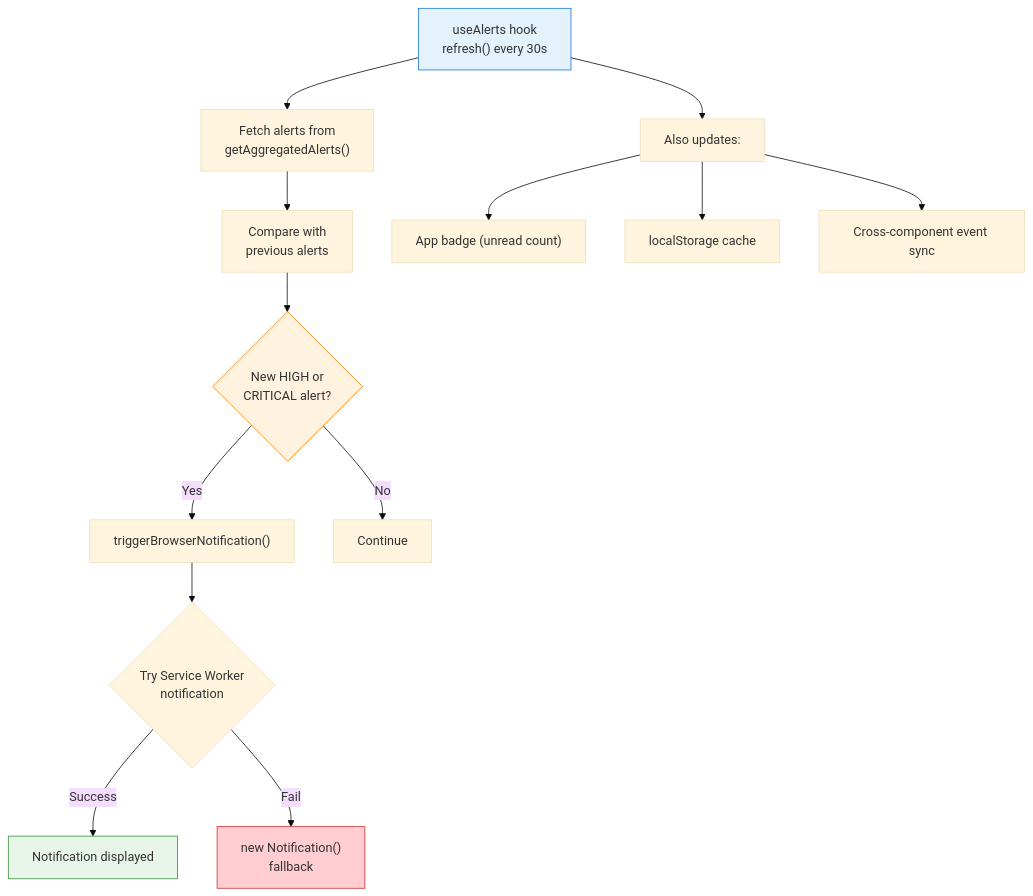
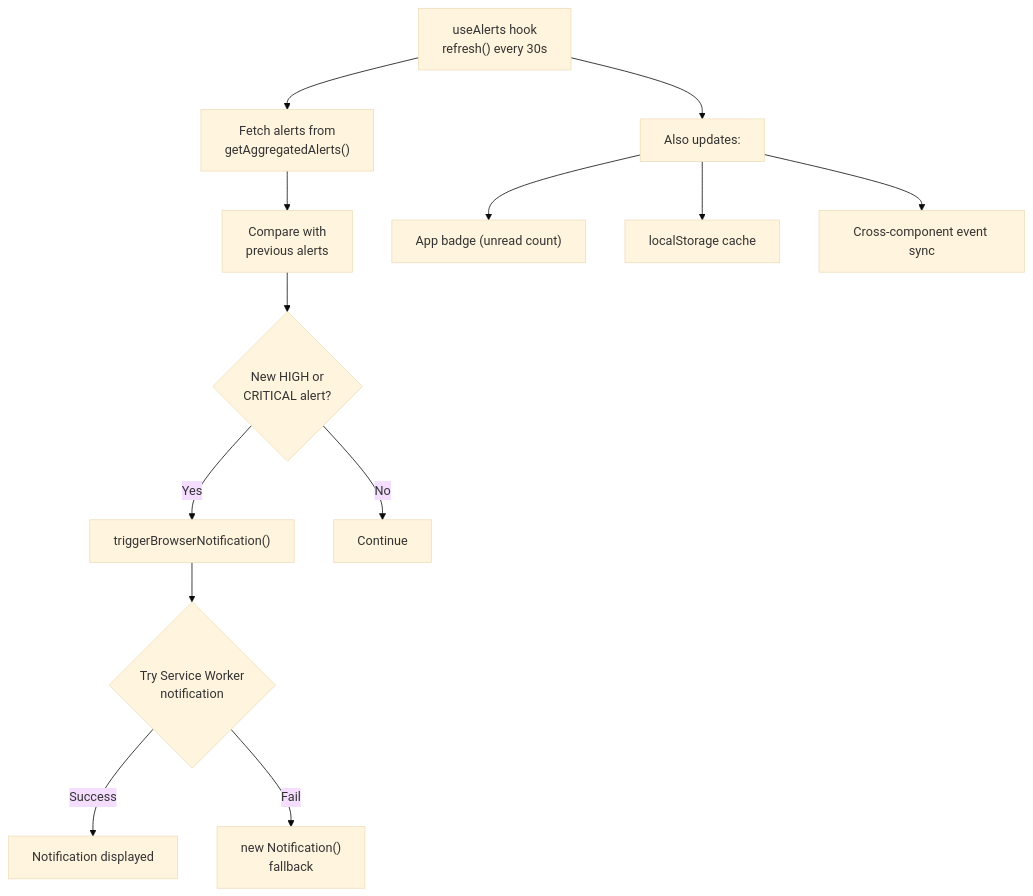
One commit to ArrinPaul/Kisan-Portal changed the seventh of 13 diagrams in README.md. Above: the diagram before and after it, drawn with Mermaid (base theme). The commit also changed other lines of this file and 3 other files, not shown here.

````diff
--- a/README.md
+++ b/README.md
@@ -333,22 +302,17 @@
 ```mermaid
 flowchart TB
     A["useAlerts hook<br/>refresh() every 30s"] --> B["Fetch alerts from<br/>getAggregatedAlerts()"]
     B --> C["Compare with<br/>previous alerts"]
     C --> D{"New HIGH or<br/>CRITICAL alert?"}
     D --> |Yes| E["triggerBrowserNotification()"]
     D --> |No| F["Continue"]
 
     E --> G{"Try Service Worker<br/>notification"}
     G --> |Success| H["Notification displayed"]
     G --> |Fail| I["new Notification()<br/>fallback"]
 
     A --> J["Also updates:"]
     J --> K["App badge (unread count)"]
     J --> L["localStorage cache"]
     J --> M["Cross-component event sync"]
-
-    style A fill:#e3f2fd,stroke:#1976d2
-    style D fill:#fff3e0,stroke:#f57c00
-    style H fill:#e8f5e9,stroke:#388e3c
-    style I fill:#ffcdd2,stroke:#d32f2f
 ```
````
